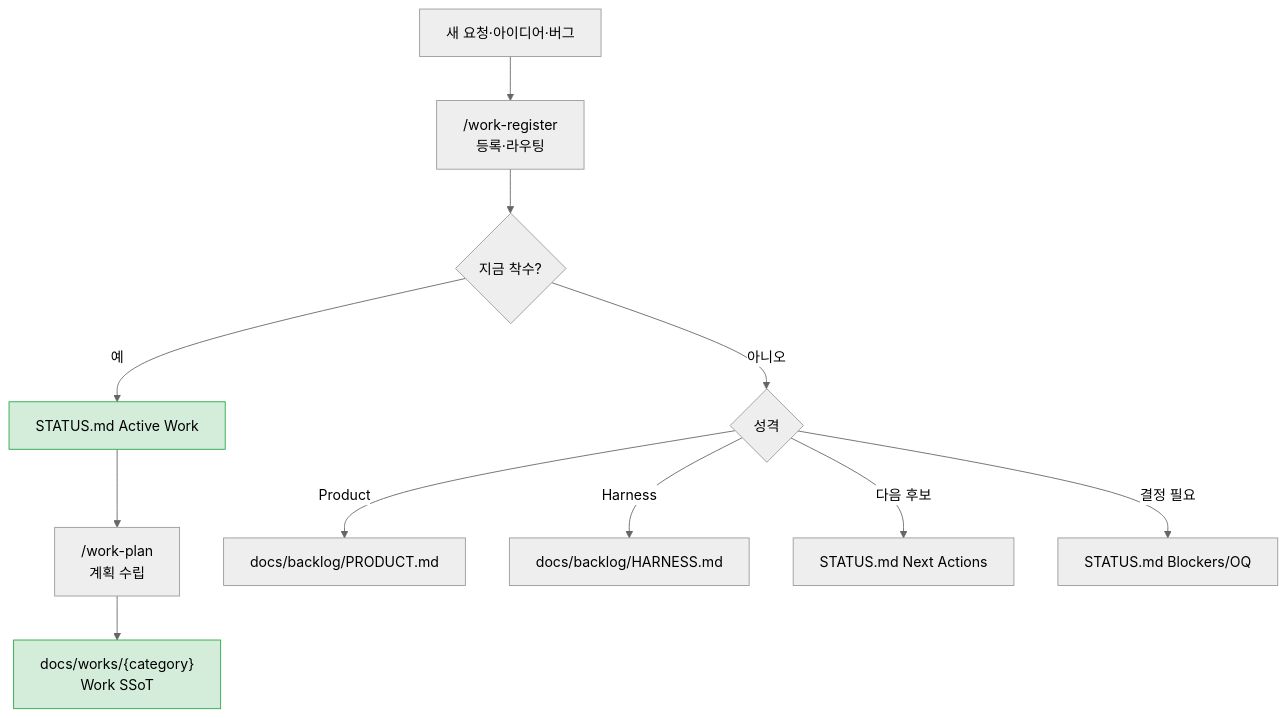
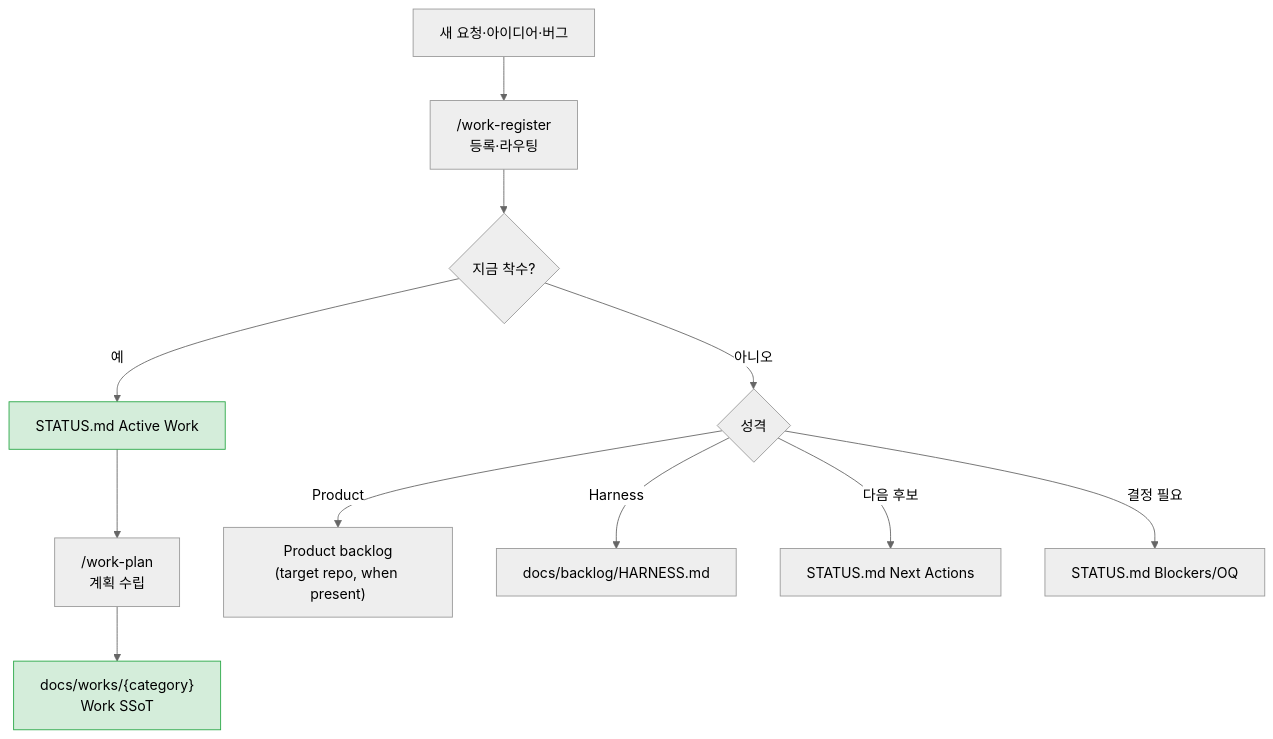
The fourth of 4 diagrams in README.md (kyungseo/ai-workflow-harness), drawn with Mermaid (neutral theme) before and after one commit. The commit also changed other lines of this file and 5 other files, not shown here.

````diff
--- a/README.md
+++ b/README.md
@@ -347,16 +349,16 @@
 ```mermaid
 flowchart TD
     NEW["새 요청·아이디어·버그"] --> REGISTER["/work-register\n등록·라우팅"]
     REGISTER --> NOW{"지금 착수?"}
     NOW -- "예" --> ACTIVE["STATUS.md Active Work"]
     ACTIVE --> PLAN["/work-plan\n계획 수립"]
     PLAN --> WORK["docs/works/{category}\nWork SSoT"]
     NOW -- "아니오" --> TYPE{"성격"}
-    TYPE -- "Product" --> PHASE["docs/backlog/PRODUCT.md"]
+    TYPE -- "Product" --> PHASE["Product backlog\n(target repo, when present)"]
     TYPE -- "Harness" --> HARNESS["docs/backlog/HARNESS.md"]
     TYPE -- "다음 후보" --> NEXT["STATUS.md Next Actions"]
     TYPE -- "결정 필요" --> OQ["STATUS.md Blockers/OQ"]
 
     style ACTIVE fill:#d4edda,stroke:#28a745
     style WORK fill:#d4edda,stroke:#28a745
 ```
````
